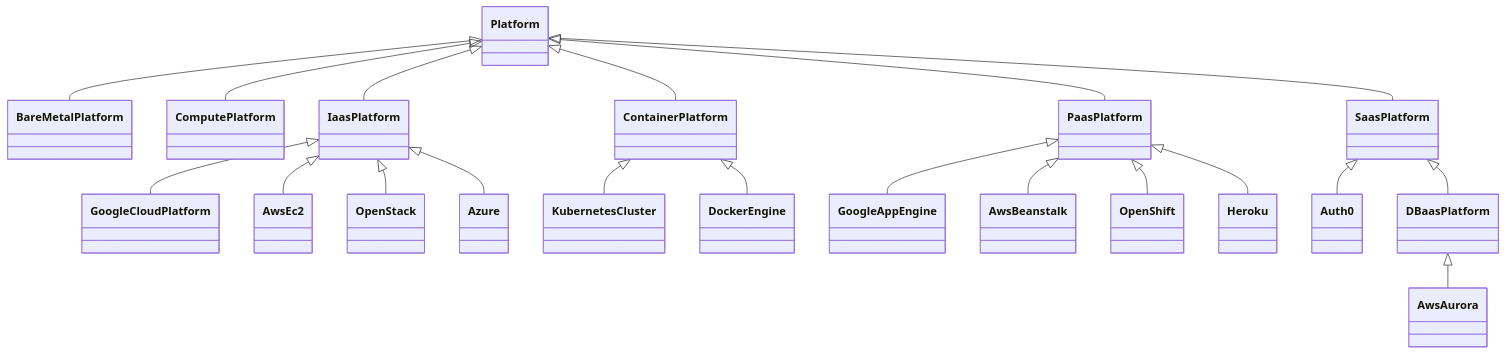
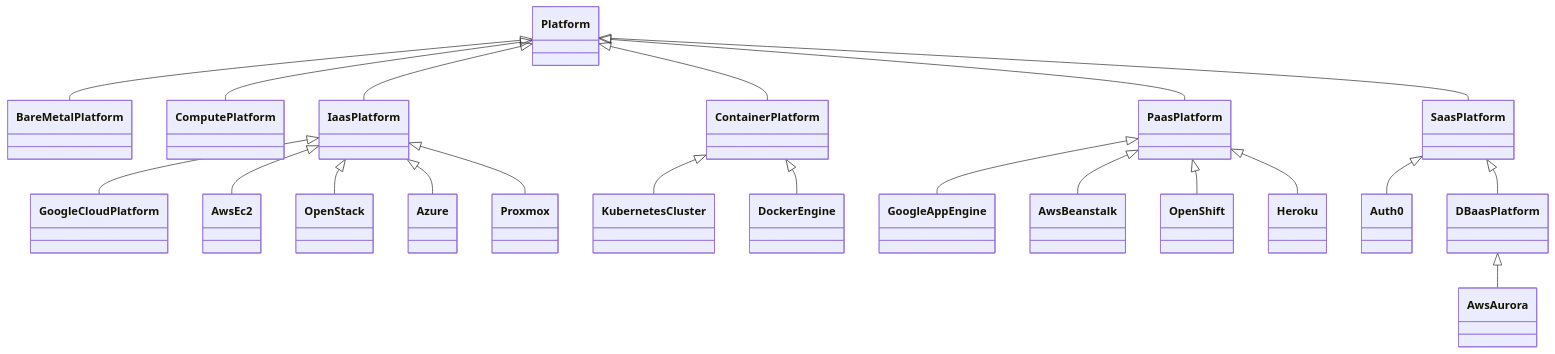
The first of 2 diagrams in profiles/community/tosca/platform/README.md (oasis-open/tosca-community-contributions), drawn with Mermaid before and after one commit. The commit also changed other lines of this file and 5 other files, not shown here.

````diff
--- a/profiles/community/tosca/platform/README.md
+++ b/profiles/community/tosca/platform/README.md
@@ -160,23 +49,24 @@
 ```mermaid
 classDiagram
     class Platform
     Platform <|-- BareMetalPlatform
     Platform <|-- ComputePlatform
     Platform <|-- IaasPlatform
     Platform <|-- ContainerPlatform
     Platform <|-- PaasPlatform
     Platform <|-- SaasPlatform
     IaasPlatform <|-- GoogleCloudPlatform
     IaasPlatform <|-- AwsEc2
     IaasPlatform <|-- OpenStack
     IaasPlatform <|-- Azure
+    IaasPlatform <|-- Proxmox
     ContainerPlatform <|-- KubernetesCluster
     ContainerPlatform <|-- DockerEngine
     PaasPlatform <|-- GoogleAppEngine
     PaasPlatform <|-- AwsBeanstalk
     PaasPlatform <|-- OpenShift
     PaasPlatform <|-- Heroku
     SaasPlatform <|-- Auth0
     SaasPlatform <|-- DBaasPlatform
     DBaasPlatform <|-- AwsAurora
 ```
````
